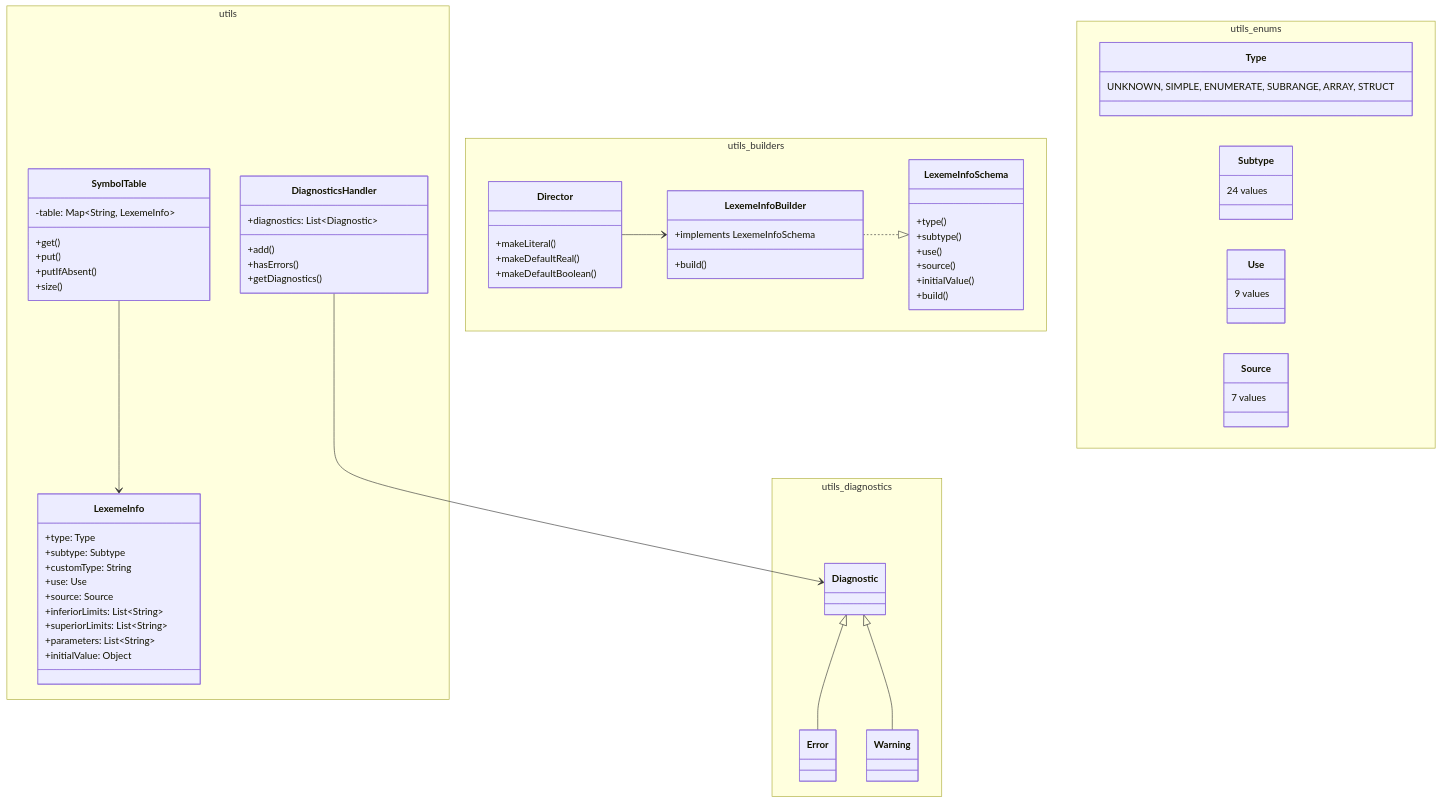
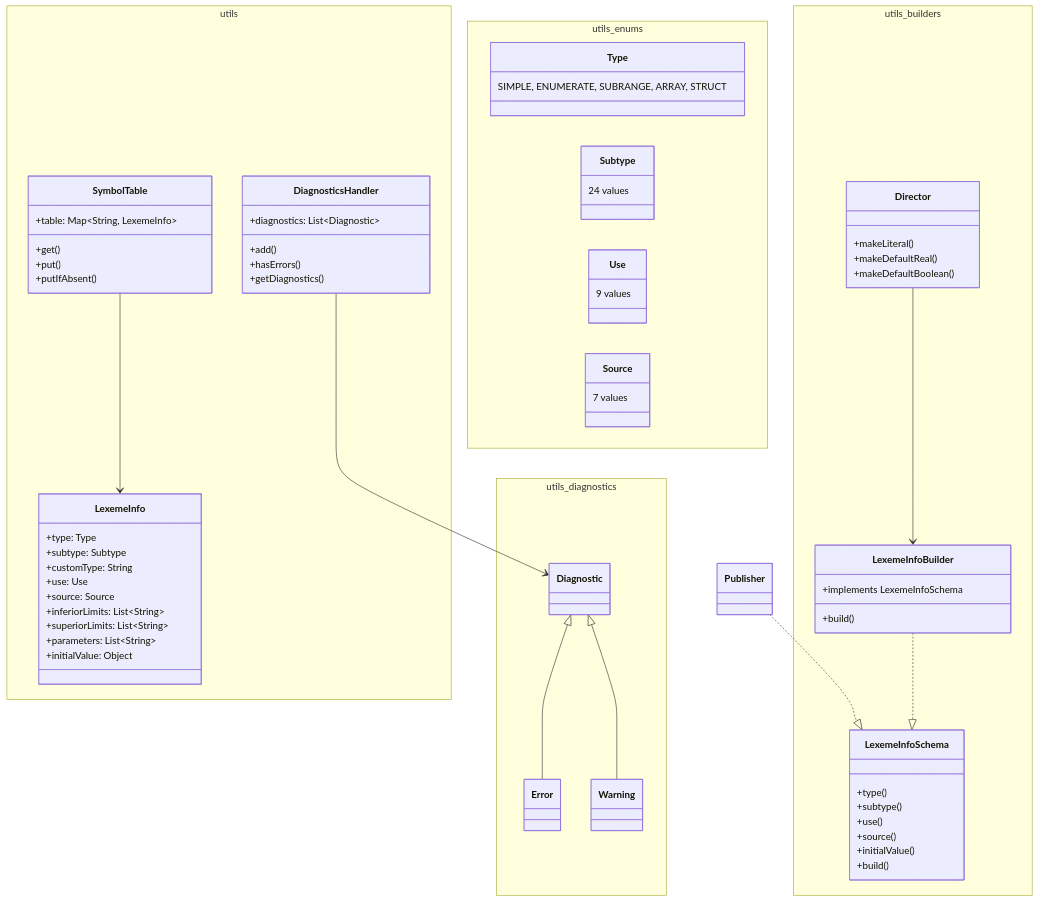
The second of 4 diagrams in doc/modules/utils.md (PascalUser/FLC-IEC61131-7), drawn with Mermaid before and after one commit. The commit also changed other lines of this file and 25 other files, not shown here.

````diff
--- a/doc/modules/utils.md
+++ b/doc/modules/utils.md
@@ -41,65 +43,65 @@
 ```mermaid
 classDiagram
     namespace utils {
         class SymbolTable {
-            -table: Map~String, LexemeInfo~
+            +table: Map~String, LexemeInfo~
             +get()
             +put()
             +putIfAbsent()
-            +size()
         }
         class LexemeInfo {
             +type: Type
-            +subtype: Subtype
-            +customType: String
-            +use: Use
-            +source: Source
-            +inferiorLimits: List~String~
-            +superiorLimits: List~String~
-            +parameters: List~String~
-            +initialValue: Object
+        +subtype: Subtype
+        +customType: String
+        +use: Use
+        +source: Source
+        +inferiorLimits: List~String~
+        +superiorLimits: List~String~
+        +parameters: List~String~
+        +initialValue: Object
         }
         class DiagnosticsHandler {
-            +diagnostics: List~Diagnostic~
-            +add()
-            +hasErrors()
-            +getDiagnostics()
+        +diagnostics: List~Diagnostic~
+        +add()
+        +hasErrors()
+        +getDiagnostics()
         }
     }
     namespace utils_builders {
         class LexemeInfoSchema {
             +type()
             +subtype()
             +use()
             +source()
             +initialValue()
             +build()
         }
         class LexemeInfoBuilder {
             +implements LexemeInfoSchema
             +build()
         }
         class Director {
             +makeLiteral()
             +makeDefaultReal()
             +makeDefaultBoolean()
         }
     }
     namespace utils_enums {
-        class Type { UNKNOWN, SIMPLE, ENUMERATE, SUBRANGE, ARRAY, STRUCT }
+        class Type { SIMPLE, ENUMERATE, SUBRANGE, ARRAY, STRUCT }
         class Subtype { 24 values }
         class Use { 9 values }
         class Source { 7 values }
     }
     namespace utils_diagnostics {
         class Diagnostic
         class Error
         class Warning
     }
     Diagnostic <|-- Error
     Diagnostic <|-- Warning
     LexemeInfoBuilder ..|> LexemeInfoSchema
     Director --> LexemeInfoBuilder
+    Publisher ..|> LexemeInfoSchema
     SymbolTable --> LexemeInfo
     DiagnosticsHandler --> Diagnostic
 ```
````
